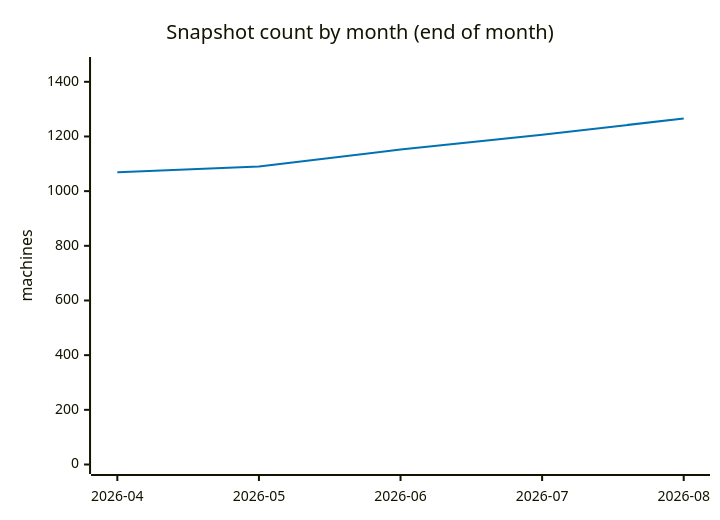
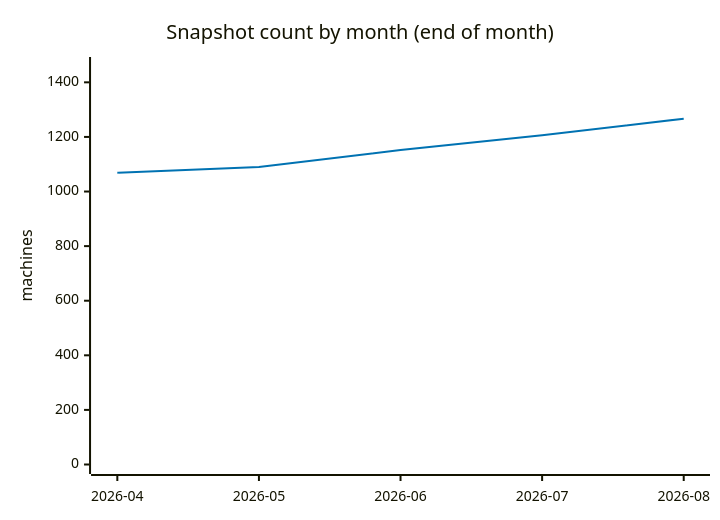
The sixth of 7 diagrams in ANALYSIS.md (cheeaun/returnright-data), drawn with Mermaid before and after one commit. The commit also changed other lines of this file and 3 other files, not shown here.

````diff
--- a/ANALYSIS.md
+++ b/ANALYSIS.md
@@ -291,13 +289,13 @@
 ```mermaid
 ---
 config:
   themeVariables:
     xyChart:
       plotColorPalette: "#0072B2"
 ---
 xychart-beta
     title "Snapshot count by month (end of month)"
     x-axis ["2026-04", "2026-05", "2026-06", "2026-07", "2026-08"]
-    y-axis "machines" 0 --> 1456
-    line [1069, 1090, 1152, 1206, 1266]
+    y-axis "machines" 0 --> 1458
+    line [1069, 1090, 1152, 1206, 1267]
 ```
````
